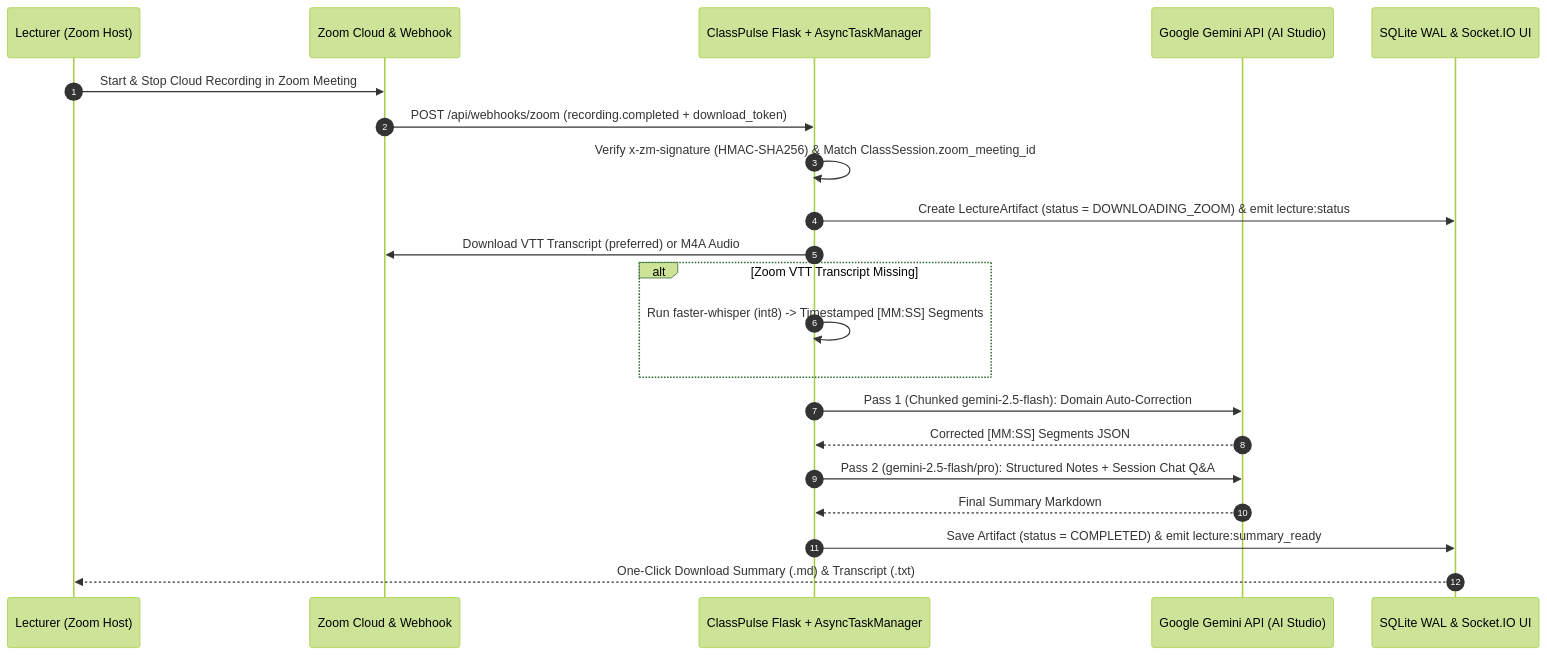
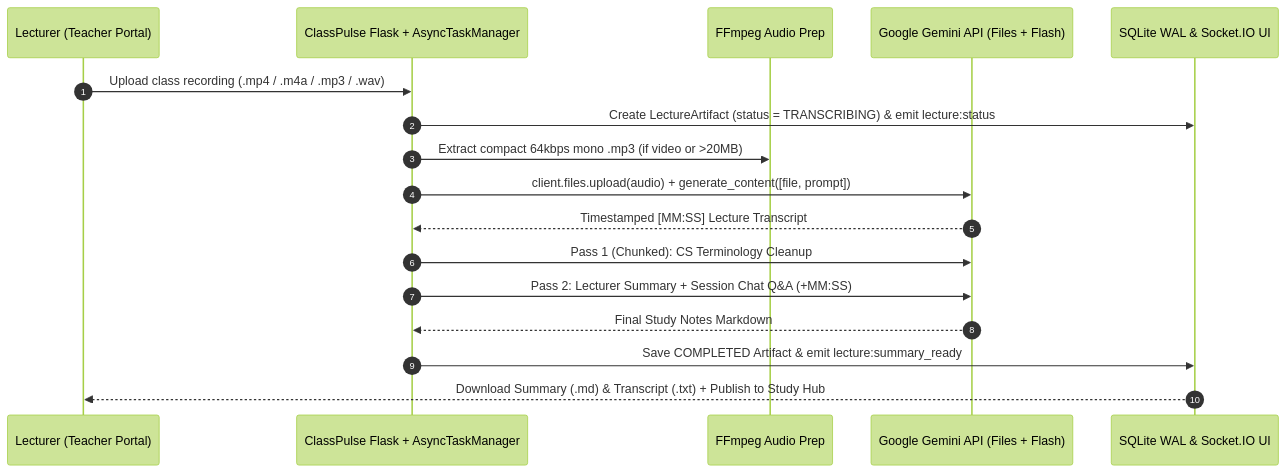
Before and after one commit to ohad-BN/Ex1: the sixth of 6 diagrams in docs/implementation_plan.md, drawn with Mermaid (forest theme). The commit also changed other lines of this file and 32 other files, not shown here.

````diff
--- a/docs/implementation_plan.md
+++ b/docs/implementation_plan.md
@@ -533,24 +522,20 @@
 ```mermaid
 sequenceDiagram
     autonumber
-    participant L as Lecturer (Zoom Host)
-    participant Z as Zoom Cloud & Webhook
+    participant L as Lecturer (Teacher Portal)
     participant W as ClassPulse Flask + AsyncTaskManager
-    participant G as Google Gemini API (AI Studio)
+    participant F as FFmpeg Audio Prep
+    participant G as Google Gemini API (Files + Flash)
     participant DB as SQLite WAL & Socket.IO UI
 
-    L->>Z: Start & Stop Cloud Recording in Zoom Meeting
-    Z->>W: POST /api/webhooks/zoom (recording.completed + download_token)
-    W->>W: Verify x-zm-signature (HMAC-SHA256) & Match ClassSession.zoom_meeting_id
-    W->>DB: Create LectureArtifact (status = DOWNLOADING_ZOOM) & emit lecture:status
-    W->>Z: Download VTT Transcript (preferred) or M4A Audio
-    alt Zoom VTT Transcript Missing
-        W->>W: Run faster-whisper (int8) -> Timestamped [MM:SS] Segments
-    end
-    W->>G: Pass 1 (Chunked gemini-2.5-flash): Domain Auto-Correction
-    G-->>W: Corrected [MM:SS] Segments JSON
-    W->>G: Pass 2 (gemini-2.5-flash/pro): Structured Notes + Session Chat Q&A
-    G-->>W: Final Summary Markdown
-    W->>DB: Save Artifact (status = COMPLETED) & emit lecture:summary_ready
-    DB-->>L: One-Click Download Summary (.md) & Transcript (.txt)
+    L->>W: Upload class recording (.mp4 / .m4a / .mp3 / .wav)
+    W->>DB: Create LectureArtifact (status = TRANSCRIBING) & emit lecture:status
+    W->>F: Extract compact 64kbps mono .mp3 (if video or >20MB)
+    W->>G: client.files.upload(audio) + generate_content([file, prompt])
+    G-->>W: Timestamped [MM:SS] Lecture Transcript
+    W->>G: Pass 1 (Chunked): CS Terminology Cleanup
+    W->>G: Pass 2: Lecturer Summary + Session Chat Q&A (+MM:SS)
+    G-->>W: Final Study Notes Markdown
+    W->>DB: Save COMPLETED Artifact & emit lecture:summary_ready
+    DB-->>L: Download Summary (.md) & Transcript (.txt) + Publish to Study Hub
 ```
````
